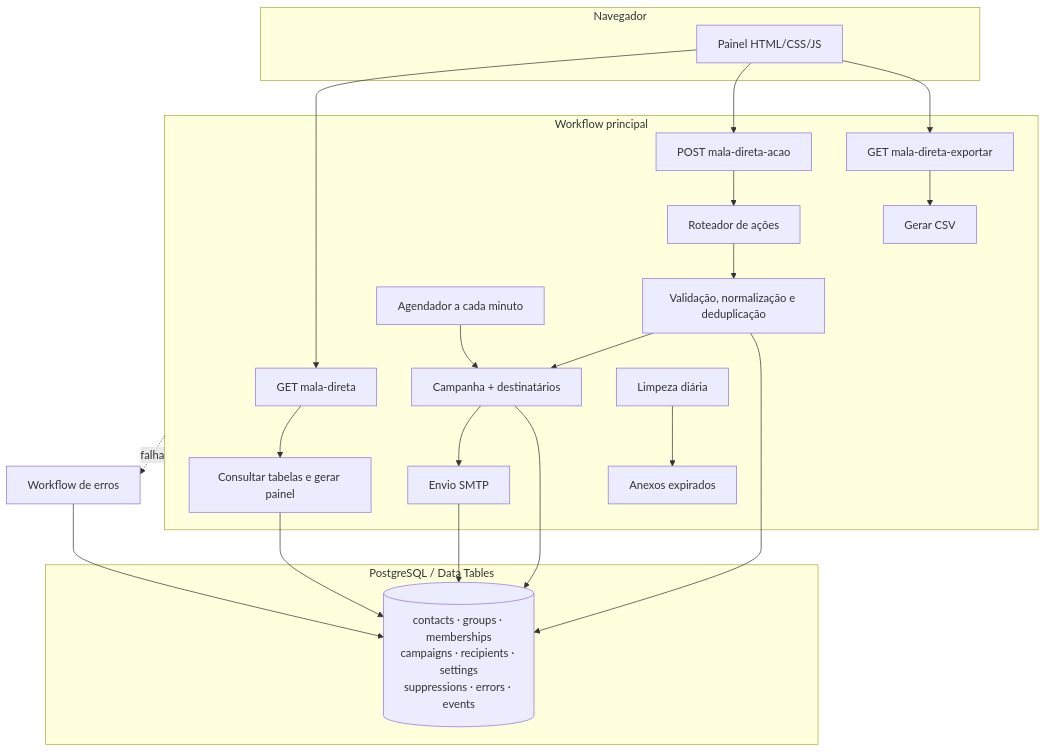
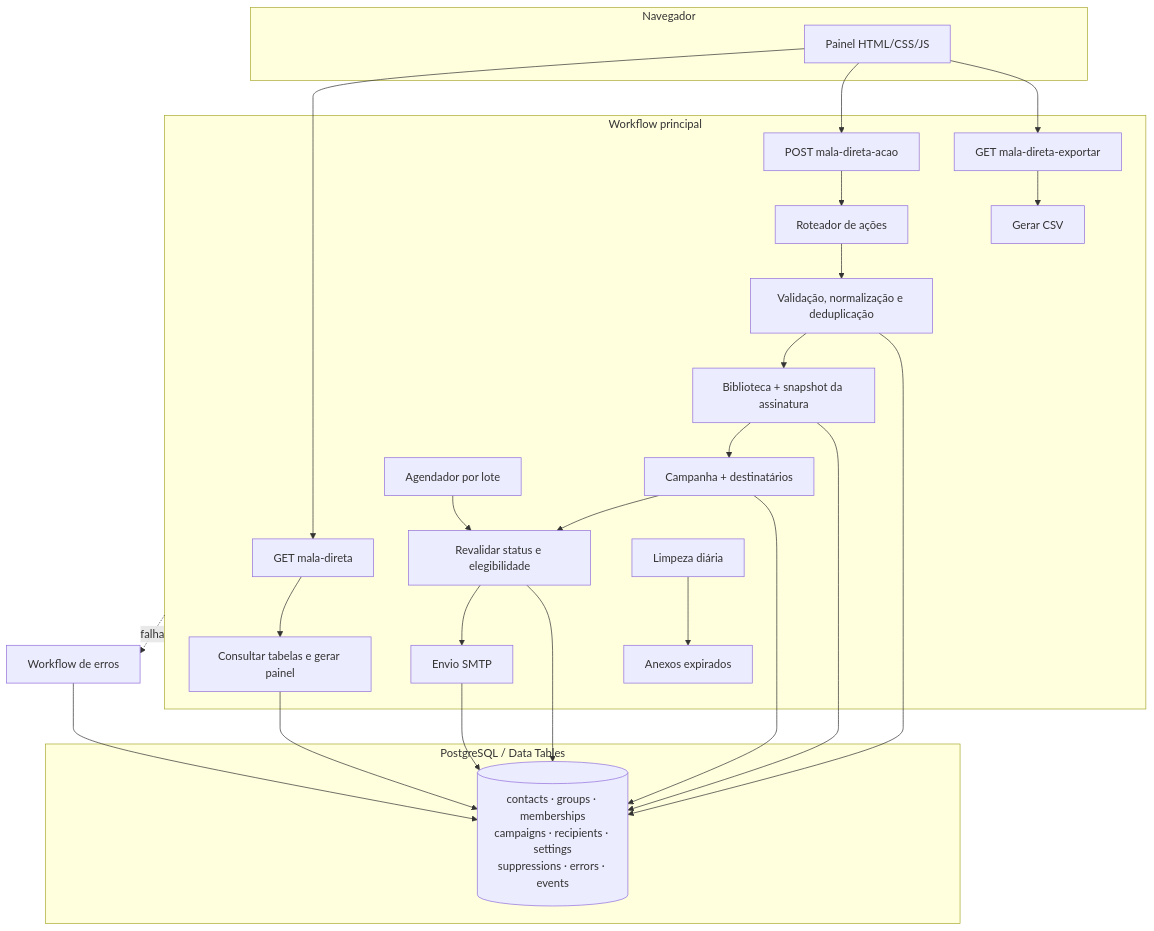
One commit to Mayconxzdev/MalaDireta changed the diagram in docs/ARCHITECTURE.md. Above: the diagram before and after it, drawn with Mermaid. The commit also changed other lines of this file and 20 other files, not shown here.

````diff
--- a/docs/ARCHITECTURE.md
+++ b/docs/ARCHITECTURE.md
@@ -7,31 +7,35 @@
 ```mermaid
 flowchart TB
   subgraph Browser["Navegador"]
     UI["Painel HTML/CSS/JS"]
   end
 
   subgraph Main["Workflow principal"]
     GET["GET mala-direta"] --> BUILD["Consultar tabelas e gerar painel"]
     POST["POST mala-direta-acao"] --> ROUTER["Roteador de ações"]
     EXPORT["GET mala-direta-exportar"] --> CSV["Gerar CSV"]
     ROUTER --> RULES["Validação, normalização e deduplicação"]
-    RULES --> CAMPAIGN["Campanha + destinatários"]
-    TIMER["Agendador a cada minuto"] --> CAMPAIGN
-    CAMPAIGN --> SMTP["Envio SMTP"]
+    RULES --> SIGNATURE["Biblioteca + snapshot da assinatura"]
+    SIGNATURE --> CAMPAIGN["Campanha + destinatários"]
+    TIMER["Agendador por lote"] --> PRECHECK["Revalidar status e elegibilidade"]
+    CAMPAIGN --> PRECHECK
+    PRECHECK --> SMTP["Envio SMTP"]
     CLEANUP["Limpeza diária"] --> ATTACHMENTS["Anexos expirados"]
   end
 
   subgraph Storage["PostgreSQL / Data Tables"]
     TABLES[("contacts · groups · memberships\ncampaigns · recipients · settings\nsuppressions · errors · events")]
   end
 
   UI --> GET
   UI --> POST
   UI --> EXPORT
   BUILD --> TABLES
   RULES --> TABLES
+  SIGNATURE --> TABLES
   CAMPAIGN --> TABLES
+  PRECHECK --> TABLES
   SMTP --> TABLES
   Main -. falha .-> ERR["Workflow de erros"]
   ERR --> TABLES
 ```
````
